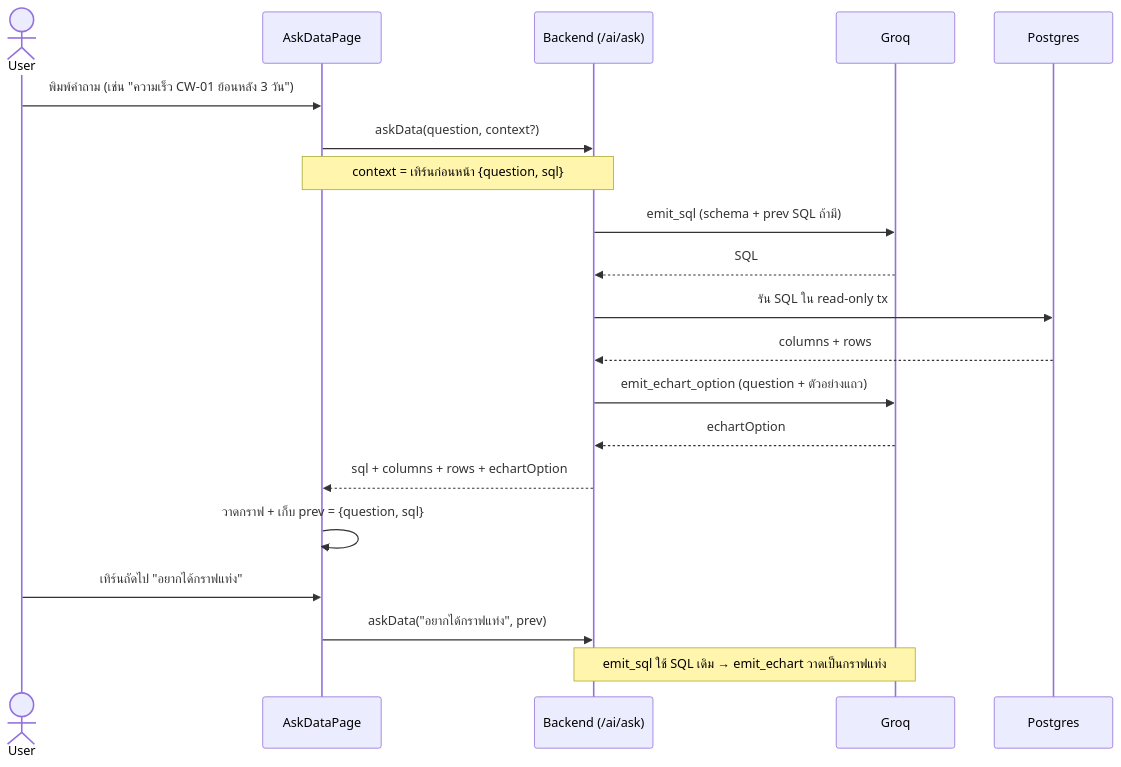
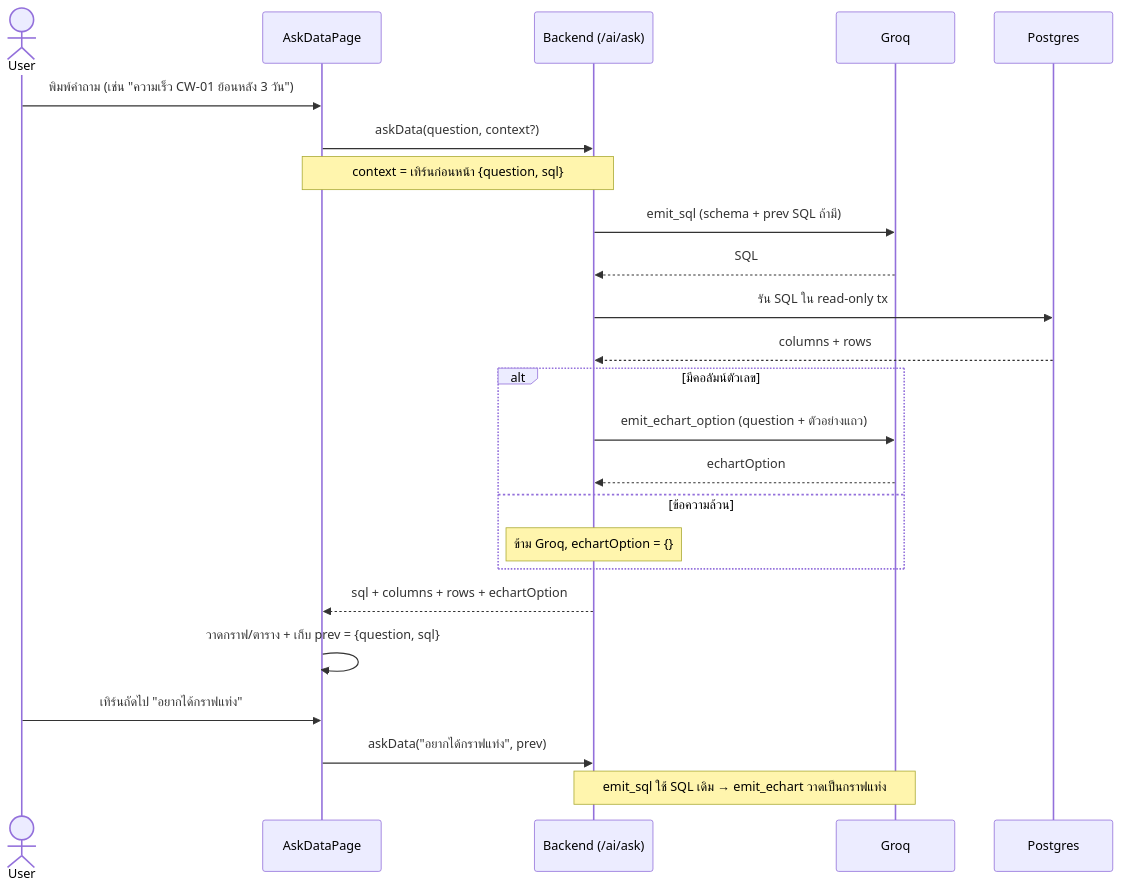
The third of 5 diagrams in docs/ASK_DATA_OVERVIEW.md (pepegummo/Project-Dashboard), drawn with Mermaid before and after one commit. The commit also changed other lines of this file and 4 other files, not shown here.

````diff
--- a/docs/ASK_DATA_OVERVIEW.md
+++ b/docs/ASK_DATA_OVERVIEW.md
@@ -61,23 +87,27 @@
 ```mermaid
 sequenceDiagram
     actor U as User
     participant P as AskDataPage
     participant B as Backend (/ai/ask)
     participant G as Groq
     participant D as Postgres
 
     U->>P: พิมพ์คำถาม (เช่น "ความเร็ว CW-01 ย้อนหลัง 3 วัน")
     P->>B: askData(question, context?)
     Note over P,B: context = เทิร์นก่อนหน้า {question, sql}
     B->>G: emit_sql (schema + prev SQL ถ้ามี)
     G-->>B: SQL
     B->>D: รัน SQL ใน read-only tx
     D-->>B: columns + rows
-    B->>G: emit_echart_option (question + ตัวอย่างแถว)
-    G-->>B: echartOption
+    alt มีคอลัมน์ตัวเลข
+        B->>G: emit_echart_option (question + ตัวอย่างแถว)
+        G-->>B: echartOption
+    else ข้อความล้วน
+        Note over B: ข้าม Groq, echartOption = {}
+    end
     B-->>P: sql + columns + rows + echartOption
-    P->>P: วาดกราฟ + เก็บ prev = {question, sql}
+    P->>P: วาดกราฟ/ตาราง + เก็บ prev = {question, sql}
     U->>P: เทิร์นถัดไป "อยากได้กราฟแท่ง"
     P->>B: askData("อยากได้กราฟแท่ง", prev)
     Note over B,G: emit_sql ใช้ SQL เดิม → emit_echart วาดเป็นกราฟแท่ง
 ```
````
